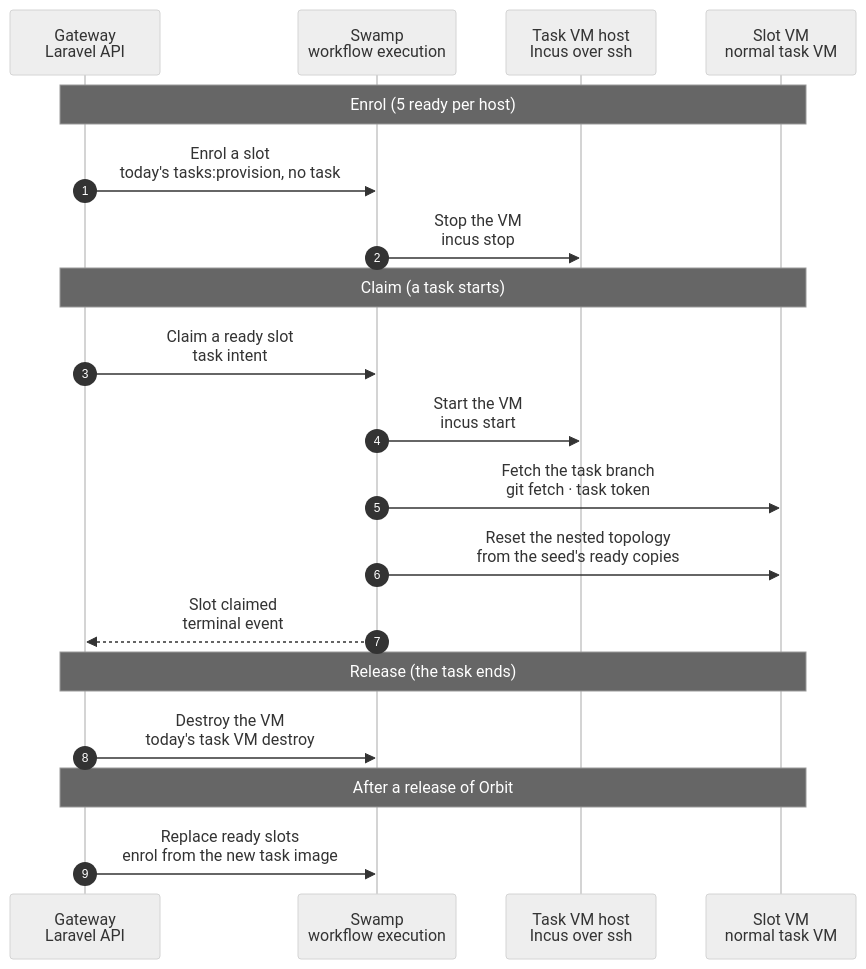
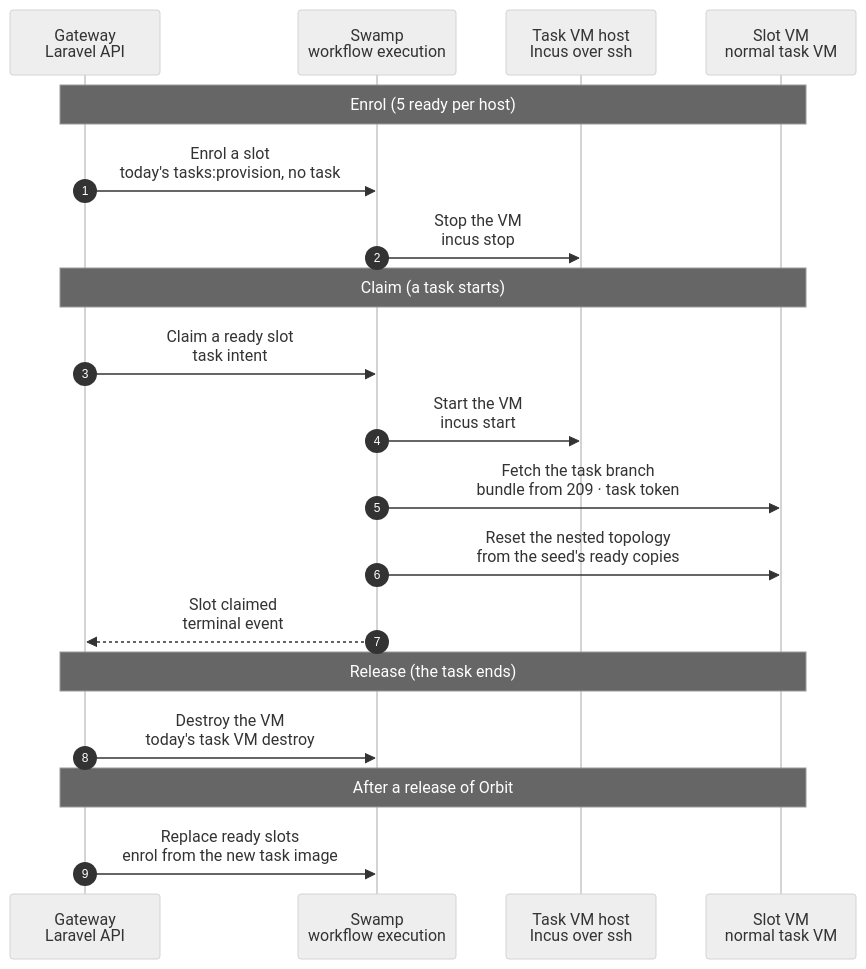
Before and after one commit to hardimpactdev/orbit: the diagram in docs/cli/tasks/vm-slots.mmd, drawn with Mermaid (neutral theme).

Commit message:
docs(task-vms): decide the open details of the ready slot chart (#2973)
* docs(task-vms): decide the open details of the ready slot chart

Settings per host, slot rows without a group, the enrol kind, the claim inside tasks:provision, the fetch into the warm checkout, and the one refill rule. Decided by the orchestrator, for Nick's review.

* docs(task-vms): simpler claim: no pre-clone, today's workspace child, seed attached at enrol

* docs(task-vms): slot age, digest-gated converge, fixed checkout path, retry hold

---------

```diff
--- a/docs/cli/tasks/vm-slots.mmd
+++ b/docs/cli/tasks/vm-slots.mmd
@@ -1,33 +1,67 @@
 sequenceDiagram
   %% Target design: simple task VM slots (2026-11-05 redesign). A slot is a normal task VM, enrolled ahead of time by today's tasks:provision and kept stopped. Claim = start a ready one. Release = destroy it. The pool refills by enrolling a new one. No snapshots, no identity volume, no baked slot units, no new state machine.
   %% status: draft
   %% command: none · task VM slots (enrol, claim, release, refill)
   %% kind: task_vm.slots
   autonumber
   %% lane GW icon=gateway pill=intent tone=blue
   %% lane SW icon=workflow pill=executes tone=green
   %% lane H icon=server pill=target tone=amber
   %% lane VM icon=server pill=target tone=purple
   participant GW as Gateway<br/>Laravel API
   participant SW as Swamp<br/>workflow execution
   participant H as Task VM host<br/>Incus over ssh
   participant VM as Slot VM<br/>normal task VM
   Note over GW,VM: Enrol (5 ready per host)
+  %%> Decided by the orchestrator, for Nick's review (2026-11-06):
+  %%> - a host keeps slots only when its task VM settings name them: `task_vms.slots` = `{count, project_id, size}`, for example `{"count": 5, "project_id": 46, "size": "large"}`; without it, the host has no pool and every provision clones, as today
+  %%> - a slot serves one Project and one size: the enrol converge exports that Project's checkout path to the nested network, and the claim needs that size
+  %%> - the checkout path is fixed per Project on a task VM (`<apps root>/<project slug>/workspace`, as `tasks:provision` computes it today), so the enrol export and the claim's workspace name the same folder
+  %%> - a slot is a task VM row with no group and with `slot_project_id` set
+  %%> - a stopped slot that no group holds takes no capacity (`max_vms`), because it holds disk, not memory; an enrolling slot runs, so it takes capacity
+  %%> - the pool counts the slots that are ready or enrolling
   GW->>SW: Enrol a slot<br/>today's tasks:provision, no task
   %%> Exactly today's path: clone the current task image, boot, enrol (keys, WireGuard, observer), model key, Pi. Runs in the background whenever the pool is below 5.
+  %%> Decided by the orchestrator, for Nick's review (2026-11-06):
+  %%> - kind `task_vm.slot_enrol`, workflow `operation-task-vm-slot-enrol`: the VM child of tasks:provision, which also attaches a clone of the host's topology seed, then "Converge once" (task VM role phases: nested Incus with the seed pool, the NFS export of the checkout path)
+  %%> - no workspace, nested fleet, Route or Processes: the claim makes them for the task
+  %%> - the slot gets its own Pi token and model key at enrol, as a task VM does today
+  %%> - the Gateway records on the slot the digest of what a task image carries in the current release (playbooks, pins, lock files), which the converge applied
   SW->>H: Stop the VM<br/>incus stop
   %%> A stopped VM costs disk, not memory. The Gateway records it as a ready slot.
+  %%> Decided by the orchestrator, for Nick's review (2026-11-06):
+  %%> - the row becomes `parked` with no group, the state that a parked task VM has today; the host sweep leaves slot rows alone
+  %%> - a failed enrol is destroyed at once with today's destroy; its Operation keeps the step output
+  %%> - the refill of a host enrols again only when the host's last `task_vm.slot_enrol` Operation did not fail in the last 15 minutes; the Operation record is the only state
   Note over GW,VM: Claim (a task starts)
   GW->>SW: Claim a ready slot<br/>task intent
+  %%> Decided by the orchestrator, for Nick's review (2026-11-06):
+  %%> - `tasks:provision` admission takes the oldest ready slot whose Project and size are the group's and whose image is the host's last promoted image, on a host with capacity for it; a group with `current_recipe` takes only a slot of the current recipe
+  %%> - the VM joins the group in the admission transaction; the run gets the receipt of the slot's enrol in place of the VM step's
+  %%> - no ready slot: the same admission clones a new VM, exactly as today ("ready slot, else clone" of stage 2)
+  %%> - the run is today's `operation-task-provision`: it starts the slot in place of creating a VM
+  %%> - "Converge once" runs only when the current release's digest differs from the slot's, so a claim at the same pins skips it and a claim after a playbook change converges, as stage 2 does
+  %%> - while the claim runs, the slot stays `parked` with its group; the park observer and the sweep wait for the group lock
   SW->>H: Start the VM<br/>incus start
   %%> Seconds: the VM is already enrolled.
-  SW->>VM: Fetch the task branch<br/>git fetch · task token
+  %%> Decided by the orchestrator, for Nick's review (2026-11-06): two pinned host steps, `incus start` and `incus wait … agent`, as in today's resume; the access of Node 209 is unchanged since the enrol, so no SSH converge runs
+  SW->>VM: Fetch the task branch<br/>bundle from 209 · task token
+  %%> Decided by the orchestrator, for Nick's review (2026-11-06): today's workspace child, unchanged: Node 209 clones with the task token and the VM imports the bundle, then the Project setup steps run. Another lane makes this step fast; the claim measures it on its own, and the claim is correct with or without that change.
   SW->>VM: Reset the nested topology<br/>from the seed's ready copies
   %%> Only for tasks that need the topology.
+  %%> The seed clone was attached at enrol; it is the host's seed of the slot's image, because the stage 6 refresh promotes the image and its seed together and replaces older slots.
   SW-->>GW: Slot claimed<br/>terminal event
+  %%> Decided by the orchestrator, for Nick's review: today's provision projection; the claimed VM is `ready` and belongs to the group, and the Gateway runs the refill rule.
   Note over GW,VM: Release (the task ends)
   GW->>SW: Destroy the VM<br/>today's task VM destroy
   %%> Exactly today's destroy. The Gateway then enrols a new slot to refill the pool.
+  %%> Decided by the orchestrator, for Nick's review (2026-11-06): one refill rule per host, run after every enrol, claim, destroy, image promotion and settings change.
+  %%> - it does nothing while a slot of the host enrols or is destroyed
+  %%> - else it enrols one slot when the pool is below `count`
+  %%> - else it destroys one stale slot
   Note over GW,VM: After a release of Orbit
   GW->>SW: Replace ready slots<br/>enrol from the new task image
   %%> Ready slots made from the old image are destroyed and enrolled again, one at a time, so a slot is always ready.
+  %%> Decided by the orchestrator, for Nick's review (2026-11-06):
+  %%> - a slot is stale when its image is not the host's last promoted image, or when it was enrolled more than 20 hours ago, the age at which ready copies of its seed expire; a stale slot is never claimed
+  %%> - the refill rule destroys one stale slot, and the end of that destroy enrols its replacement
```
